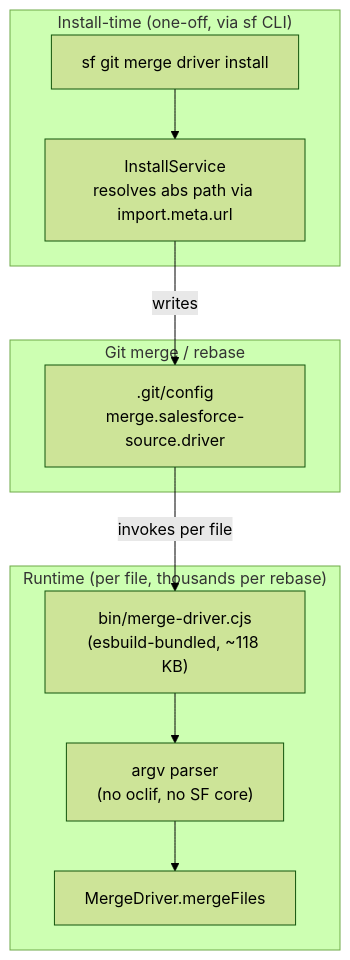
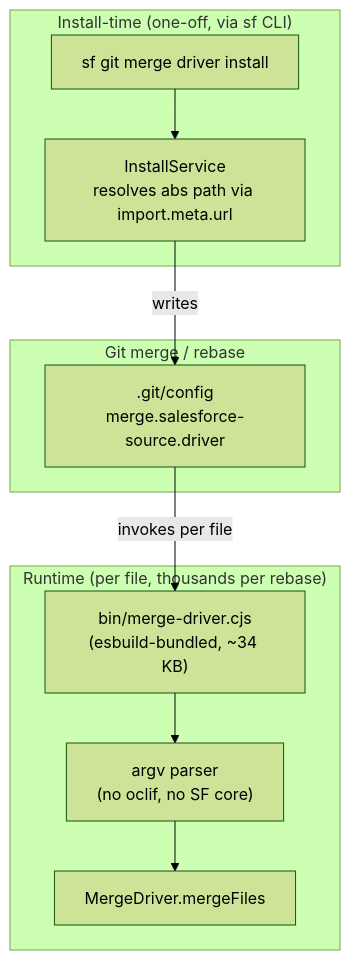
One commit to scolladon/sf-git-merge-driver changed the fifth of 8 diagrams in DESIGN.md. Above: the diagram before and after it, drawn with Mermaid (forest theme). The commit also changed other lines of this file and 179 other files, not shown here.

````diff
--- a/DESIGN.md
+++ b/DESIGN.md
@@ -198,21 +200,21 @@
 ```mermaid
 flowchart TD
     subgraph Git["Git merge / rebase"]
         GitCfg[".git/config<br/>merge.salesforce-source.driver"]
     end
 
     subgraph Install["Install-time (one-off, via sf CLI)"]
         SfInstall["sf git merge driver install"]
         InstallSvc["InstallService<br/>resolves abs path via import.meta.url"]
     end
 
     subgraph Runtime["Runtime (per file, thousands per rebase)"]
-        Binary["bin/merge-driver.cjs<br/>(esbuild-bundled, ~118 KB)"]
+        Binary["bin/merge-driver.cjs<br/>(esbuild-bundled, ~34 KB)"]
         ArgvParser["argv parser<br/>(no oclif, no SF core)"]
         MD["MergeDriver.mergeFiles"]
     end
 
     SfInstall --> InstallSvc -->|writes| GitCfg
     GitCfg -->|invokes per file| Binary
     Binary --> ArgvParser --> MD
 ```
````
